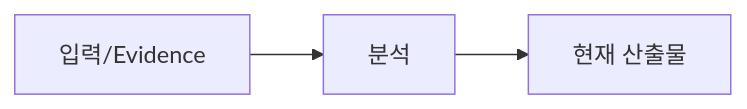
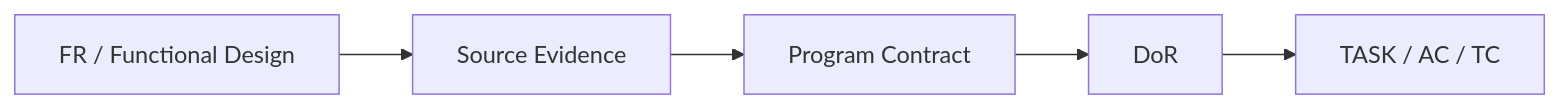
The diagram in sdlc/templates/core/program-spec.md (Seunghyun0606/SDLC_DDD_SDD), drawn with Mermaid before and after one commit. The commit also changed other lines of this file and 9 other files, not shown here.

````diff
--- a/sdlc/templates/core/program-spec.md
+++ b/sdlc/templates/core/program-spec.md
@@ -25,4 +25,4 @@
 ```mermaid
 flowchart LR
-    I["입력/Evidence"] --> A["분석"] --> O["현재 산출물"]
+    F["FR / Functional Design"] --> E["Source Evidence"] --> P["Program Contract"] --> D["DoR"] --> T["TASK / AC / TC"]
 ```
````
